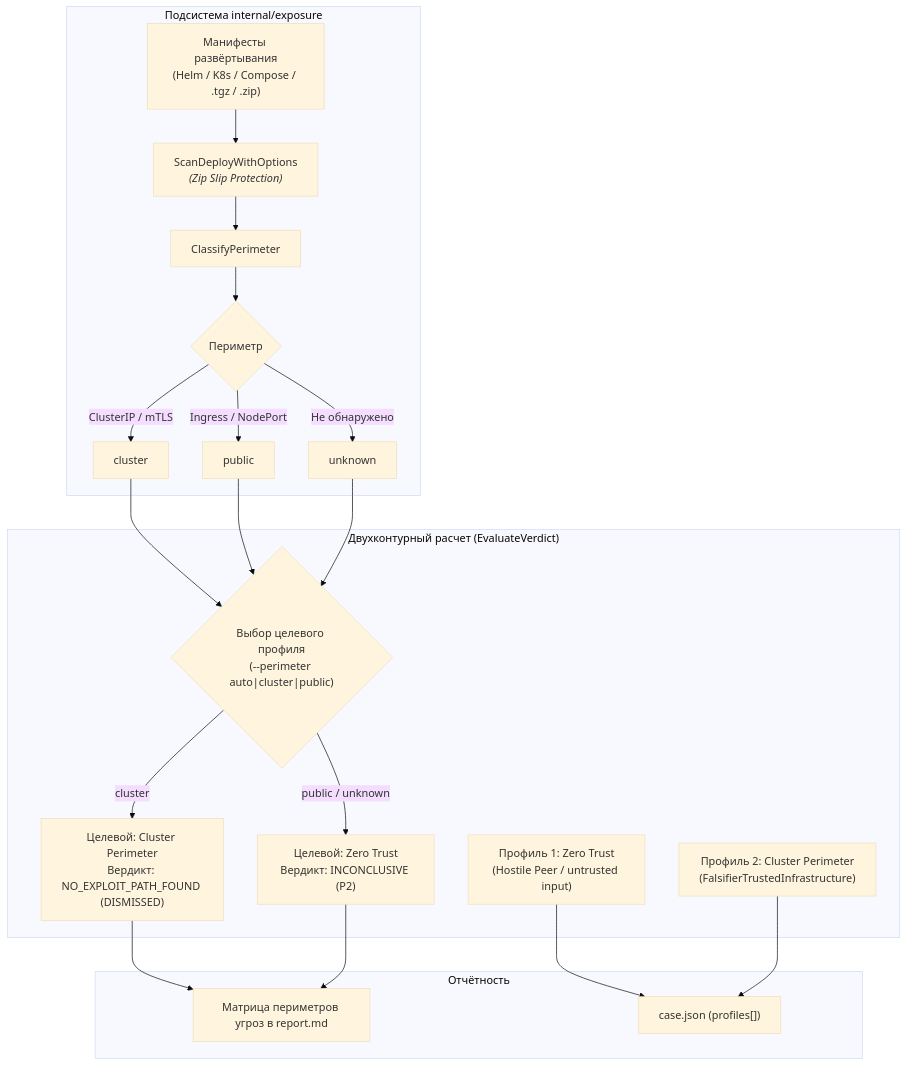
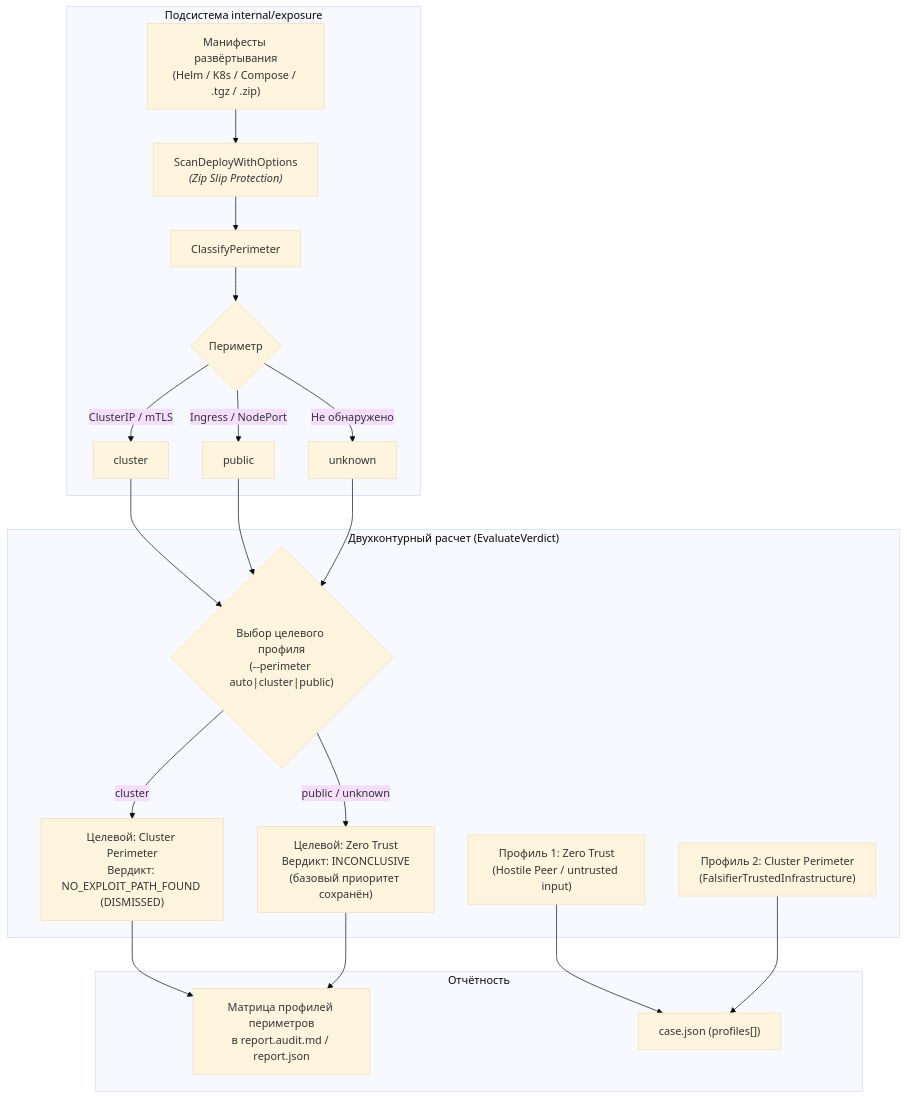
Before and after one commit to davniy/izyan: the third of 3 diagrams in docs/architecture.md, drawn with Mermaid (base theme). The commit also changed other lines of this file and 20 other files, not shown here.

First line of the commit message:
feat(report,risk): split human report from technical audit, forbid triage escalation, honest AI-usage

````diff
--- a/docs/architecture.md
+++ b/docs/architecture.md
@@ -284,30 +299,30 @@
 ```mermaid
 flowchart TD
     subgraph ExposureSubsystem ["Подсистема internal/exposure"]
         Manifests["Манифесты развёртывания<br>(Helm / K8s / Compose / .tgz / .zip)"] --> Scan["ScanDeployWithOptions<br><i>(Zip Slip Protection)</i>"]
         Scan --> Classify["ClassifyPerimeter"]
         Classify --> Perim{"Периметр"}
         Perim -->|ClusterIP / mTLS| PCluster["cluster"]
         Perim -->|Ingress / NodePort| PPublic["public"]
         Perim -->|Не обнаружено| PUnknown["unknown"]
     end
 
     subgraph DualTrackEngine ["Двухконтурный расчет (EvaluateVerdict)"]
         TrackZT["Профиль 1: Zero Trust<br>(Hostile Peer / untrusted input)"]
         TrackCP["Профиль 2: Cluster Perimeter<br>(FalsifierTrustedInfrastructure)"]
 
         PCluster --> SelectTarget
         PPublic --> SelectTarget
         PUnknown --> SelectTarget
 
         SelectTarget{"Выбор целевого профиля<br>(--perimeter auto|cluster|public)"} -->|cluster| TargetCP["Целевой: Cluster Perimeter<br>Вердикт: NO_EXPLOIT_PATH_FOUND (DISMISSED)"]
-        SelectTarget -->|public / unknown| TargetZT["Целевой: Zero Trust<br>Вердикт: INCONCLUSIVE (P2)"]
+        SelectTarget -->|public / unknown| TargetZT["Целевой: Zero Trust<br>Вердикт: INCONCLUSIVE<br>(базовый приоритет сохранён)"]
     end
 
     subgraph ReportOutput ["Отчётность"]
-        TargetCP --> Matrix["Матрица периметров угроз в report.md"]
+        TargetCP --> Matrix["Матрица профилей периметров<br>в report.audit.md / report.json"]
         TargetZT --> Matrix
         TrackZT --> Profiles["case.json (profiles[])"]
         TrackCP --> Profiles
     end
 ```
````
